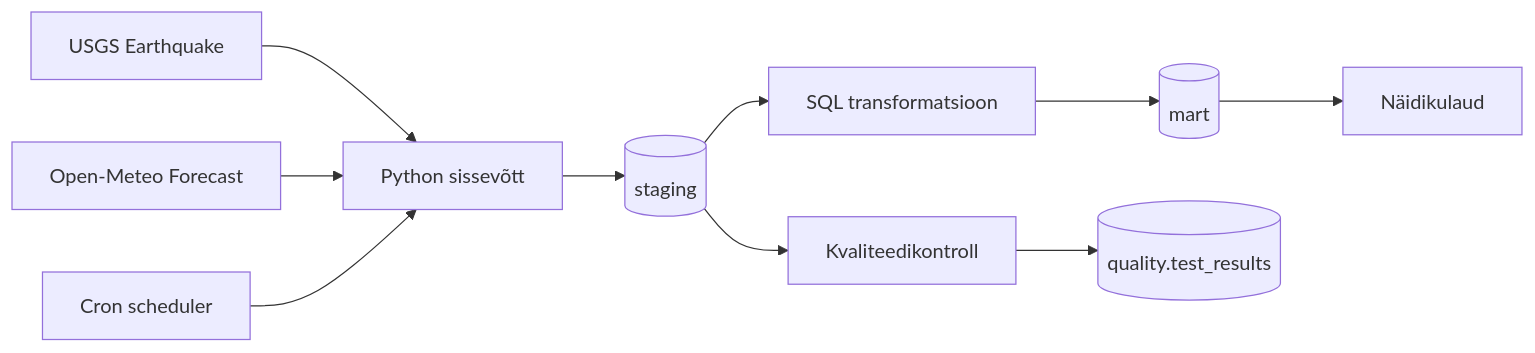
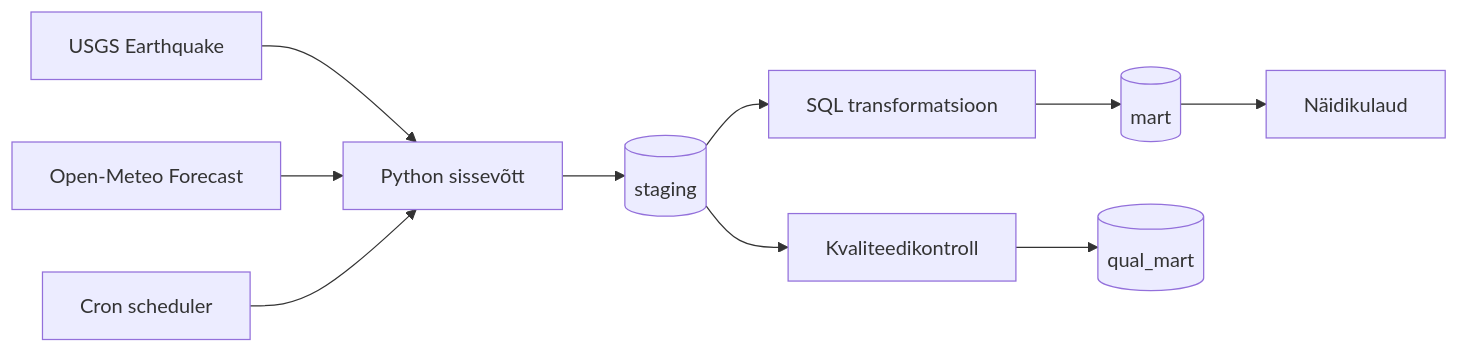
One commit to MSocius/maavarinate-ulevaade-pss-ut-andmeinseneeria-2026 changed the diagram in docs/arhitektuur.md. Above: the diagram before and after it, drawn with Mermaid. The commit also changed other lines of this file, not shown here.

Commit message:
Update quality test results reference in architecture

````diff
--- a/docs/arhitektuur.md
+++ b/docs/arhitektuur.md
@@ -26,12 +26,12 @@
 ```mermaid
 flowchart LR
     api[USGS Earthquake] --> ingest[Python sissevõtt]
     seed[Open-Meteo Forecast] --> ingest
     scheduler[Cron scheduler] --> ingest
     ingest --> staging[(staging)]
     staging --> transform[SQL transformatsioon]
     staging --> quality[Kvaliteedikontroll]
     transform --> mart[(mart)]
-    quality --> qualmart[(quality.test_results)]
+    quality --> qualmart[(qual_mart)]
     mart --> dashboard[Näidikulaud]
 ```
````
